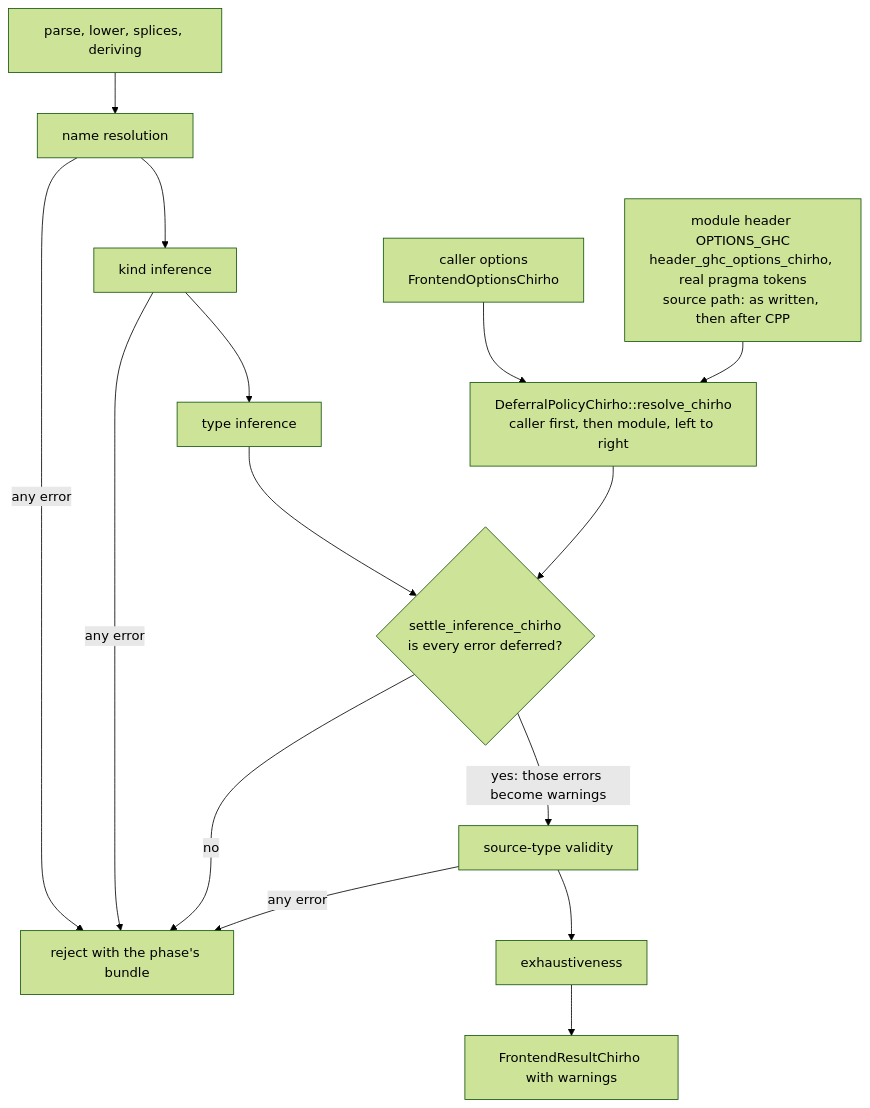
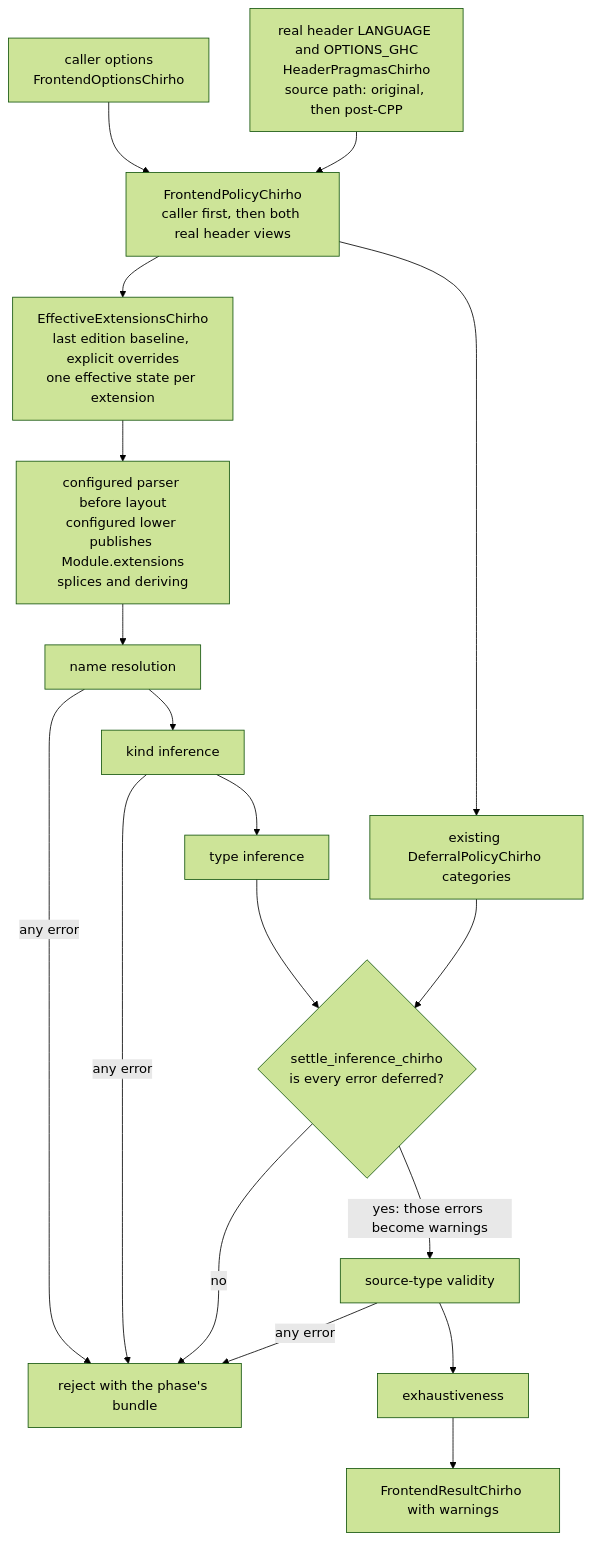
One commit to loveJesus/haskelujah-chirho changed the diagram in spec-chirho/workflows-chirho/compiler-pipeline-chirho/error-deferral-chirho.md. Above: the diagram before and after it, drawn with Mermaid (forest theme). The commit also changed other lines of this file and 14 other files, not shown here.

First line of the commit message:
fix: share effective language modes through frontend Chirho

````diff
--- a/spec-chirho/workflows-chirho/compiler-pipeline-chirho/error-deferral-chirho.md
+++ b/spec-chirho/workflows-chirho/compiler-pipeline-chirho/error-deferral-chirho.md
@@ -7,17 +7,19 @@
 ```mermaid
 flowchart TD
     caller_chirho["caller options<br/>FrontendOptionsChirho"] --> policy_chirho
-    header_chirho["module header OPTIONS_GHC<br/>header_ghc_options_chirho, real pragma tokens<br/>source path: as written, then after CPP"] --> policy_chirho
-    policy_chirho["DeferralPolicyChirho::resolve_chirho<br/>caller first, then module, left to right"]
-    parse_chirho["parse, lower, splices, deriving"] --> resolve_chirho["name resolution"]
+    header_chirho["real header LANGUAGE and OPTIONS_GHC<br/>HeaderPragmasChirho<br/>source path: original, then post-CPP"] --> policy_chirho
+    policy_chirho["FrontendPolicyChirho<br/>caller first, then both real header views"]
+    policy_chirho --> extensions_chirho["EffectiveExtensionsChirho<br/>last edition baseline, explicit overrides<br/>one effective state per extension"]
+    extensions_chirho --> parse_chirho["configured parser before layout<br/>configured lower publishes Module.extensions<br/>splices and deriving"]
+    parse_chirho --> resolve_chirho["name resolution"]
     resolve_chirho -->|any error| stop_chirho["reject with the phase's bundle"]
     resolve_chirho --> kind_chirho["kind inference"]
     kind_chirho -->|any error| stop_chirho
     kind_chirho --> infer_chirho["type inference"]
     infer_chirho --> settle_chirho{"settle_inference_chirho<br/>is every error deferred?"}
-    policy_chirho --> settle_chirho
+    policy_chirho --> deferral_chirho["existing DeferralPolicyChirho categories"] --> settle_chirho
     settle_chirho -->|no| stop_chirho
     settle_chirho -->|yes: those errors become warnings| validity_chirho["source-type validity"]
     validity_chirho -->|any error| stop_chirho
     validity_chirho --> exhaust_chirho["exhaustiveness"] --> result_chirho["FrontendResultChirho with warnings"]
 ```
````
